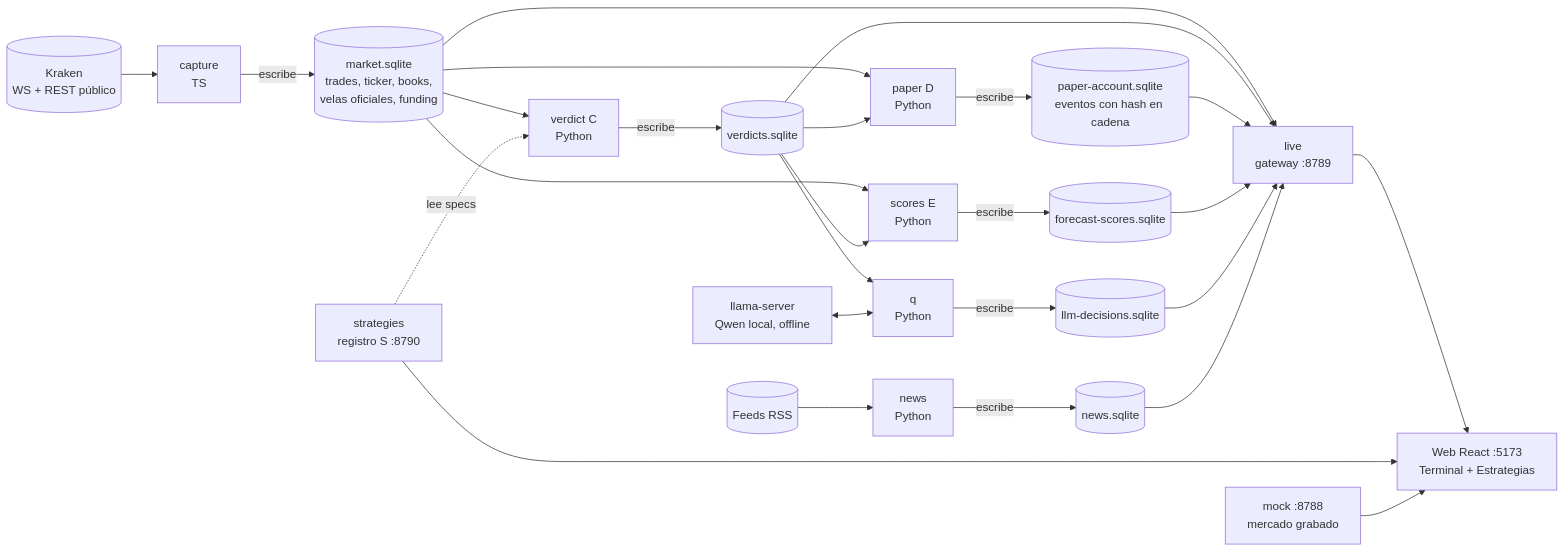
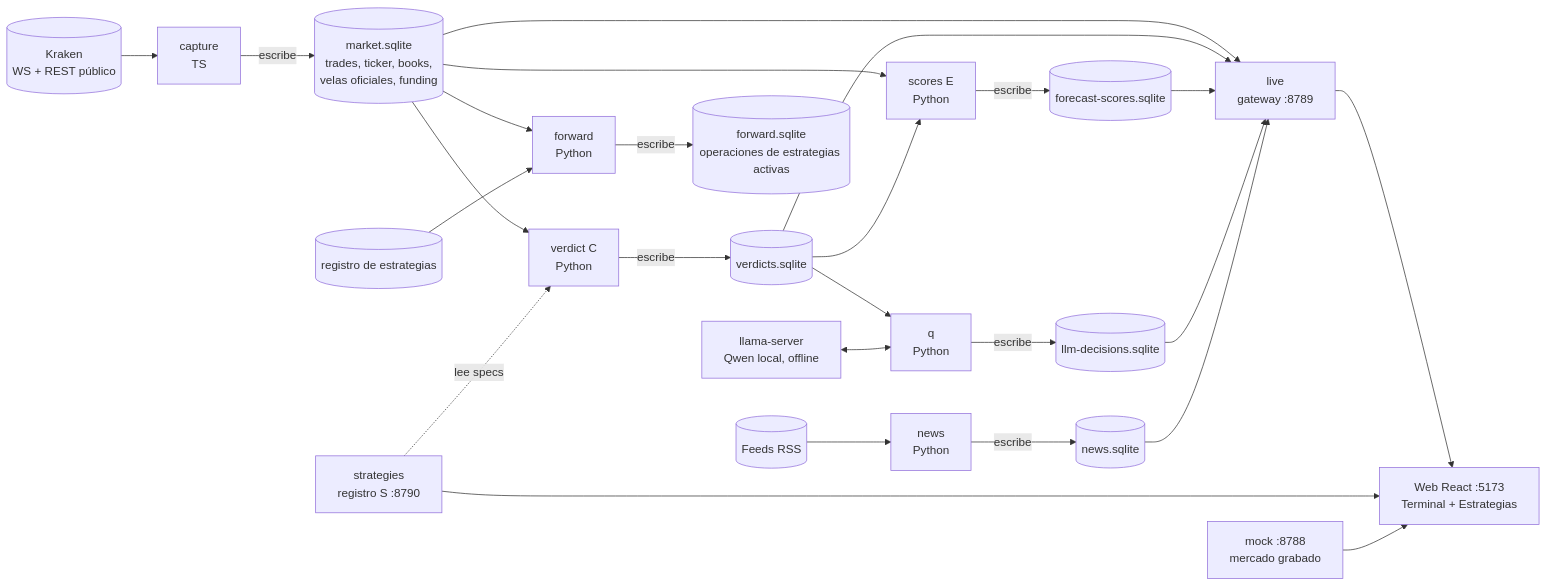
Before and after one commit to Sevillanof/Balancita: the first of 4 diagrams in README.md, drawn with Mermaid.

Commit message:
README: el diagrama sustituye D por el seguimiento forward

````diff
--- a/README.md
+++ b/README.md
@@ -30,23 +30,23 @@
 ```mermaid
 flowchart LR
     K[(Kraken<br/>WS + REST público)] --> A[capture<br/>TS]
     RSS[(Feeds RSS)] --> N[news<br/>Python]
     A -->|escribe| M[(market.sqlite<br/>trades, ticker, books,<br/>velas oficiales, funding)]
     M --> C[verdict C<br/>Python]
     C -->|escribe| V[(verdicts.sqlite)]
-    M --> D[paper D<br/>Python]
-    V --> D
-    D -->|escribe| P[(paper-account.sqlite<br/>eventos con hash en cadena)]
+    M --> F[forward<br/>Python]
+    R[(registro de estrategias)] --> F
+    F -->|escribe| P[(forward.sqlite<br/>operaciones de estrategias activas)]
     M --> E[scores E<br/>Python]
     V --> E
     E -->|escribe| S[(forecast-scores.sqlite)]
     V --> Q[q<br/>Python]
     LLM[llama-server<br/>Qwen local, offline] <--> Q
     Q -->|escribe| L[(llm-decisions.sqlite)]
     N -->|escribe| NW[(news.sqlite)]
     REG[strategies<br/>registro S :8790] -.lee specs.-> C
-    M & V & P & S & L & NW --> G[live<br/>gateway :8789]
+    M & V & S & L & NW --> G[live<br/>gateway :8789]
     G --> W[Web React :5173<br/>Terminal + Estrategias]
     REG --> W
     MOCK[mock :8788<br/>mercado grabado] --> W
 ```
````
